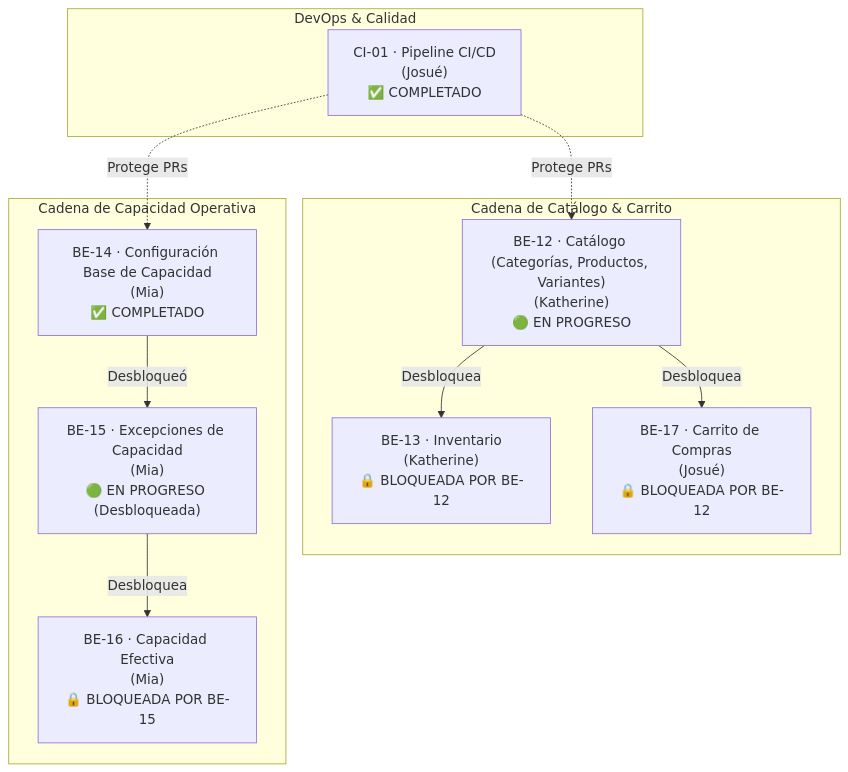
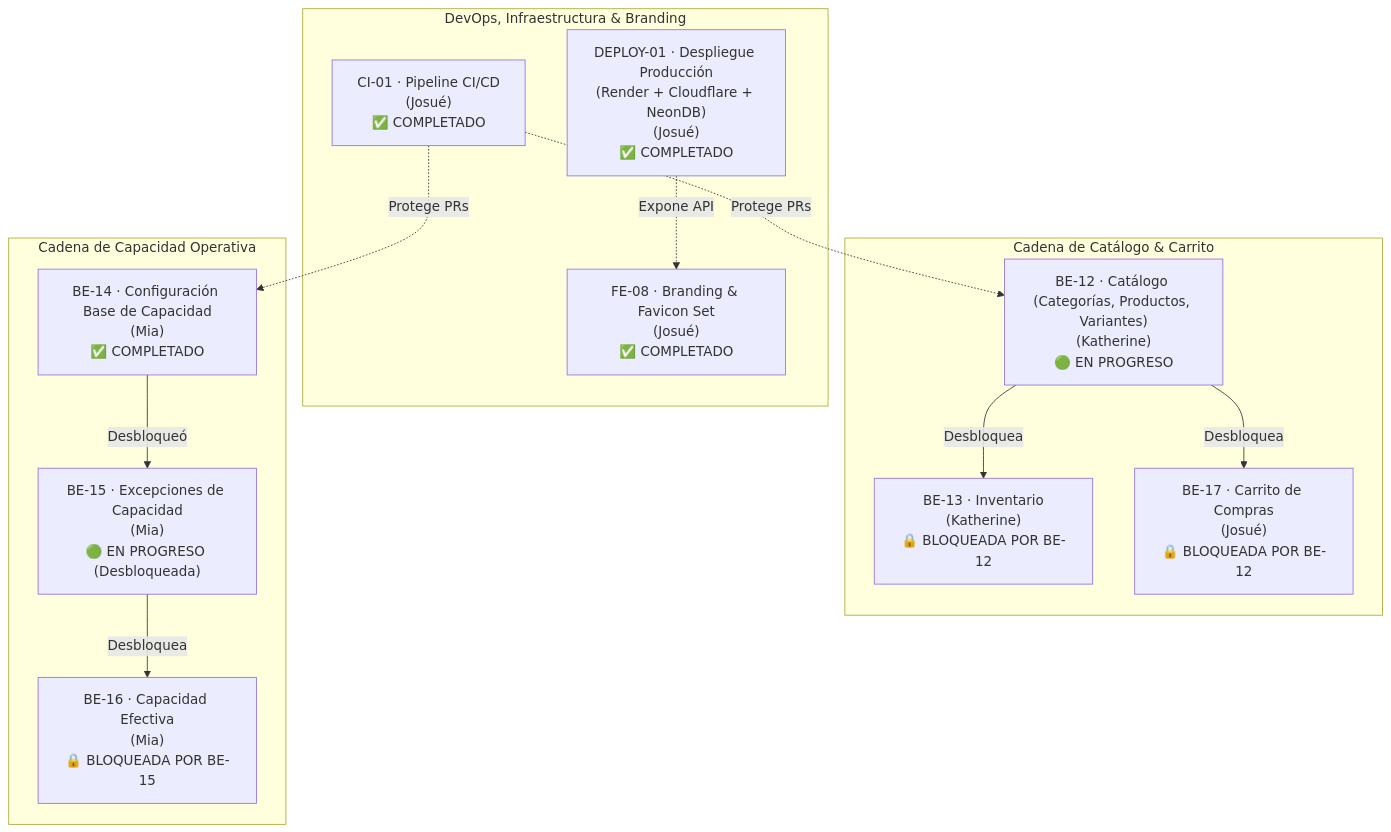
One commit to iJosueeh/jaldishop changed the first of 2 diagrams in docs/06-scrum/sprint-03.md. Above: the diagram before and after it, drawn with Mermaid. The commit also changed other lines of this file and 3 other files, not shown here.

Commit message:
docs: actualizar estado de sprint 3, métricas de calidad y tareas completadas de despliegue y branding

````diff
--- a/docs/06-scrum/sprint-03.md
+++ b/docs/06-scrum/sprint-03.md
@@ -27,25 +27,28 @@
 ```mermaid
 flowchart TD
-    subgraph CI["DevOps & Calidad"]
+    subgraph DEVOPS["DevOps, Infraestructura & Branding"]
         CI01["CI-01 · Pipeline CI/CD<br/>(Josué)<br/>✅ COMPLETADO"]
+        DEPLOY01["DEPLOY-01 · Despliegue Producción<br/>(Render + Cloudflare + NeonDB)<br/>(Josué)<br/>✅ COMPLETADO"]
+        FE08["FE-08 · Branding & Favicon Set<br/>(Josué)<br/>✅ COMPLETADO"]
     end
 
     subgraph CATALOGO["Cadena de Catálogo & Carrito"]
         BE12["BE-12 · Catálogo (Categorías, Productos, Variantes)<br/>(Katherine)<br/>🟢 EN PROGRESO"]
         BE13["BE-13 · Inventario<br/>(Katherine)<br/>🔒 BLOQUEADA POR BE-12"]
         BE17["BE-17 · Carrito de Compras<br/>(Josué)<br/>🔒 BLOQUEADA POR BE-12"]
         BE12 -->|Desbloquea| BE13
         BE12 -->|Desbloquea| BE17
     end
 
     subgraph CAPACIDAD["Cadena de Capacidad Operativa"]
         BE14["BE-14 · Configuración Base de Capacidad<br/>(Mia)<br/>✅ COMPLETADO"]
         BE15["BE-15 · Excepciones de Capacidad<br/>(Mia)<br/>🟢 EN PROGRESO (Desbloqueada)"]
         BE16["BE-16 · Capacidad Efectiva<br/>(Mia)<br/>🔒 BLOQUEADA POR BE-15"]
         BE14 -->|Desbloqueó| BE15
         BE15 -->|Desbloquea| BE16
     end
 
     CI01 -. Protege PRs .-> BE12
     CI01 -. Protege PRs .-> BE14
+    DEPLOY01 -. Expone API .-> FE08
 ```
````
